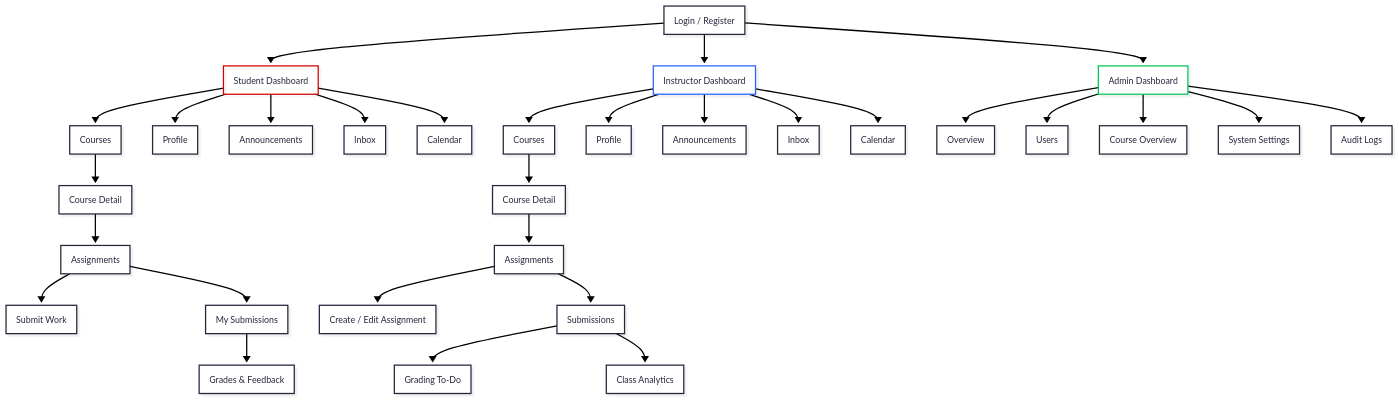
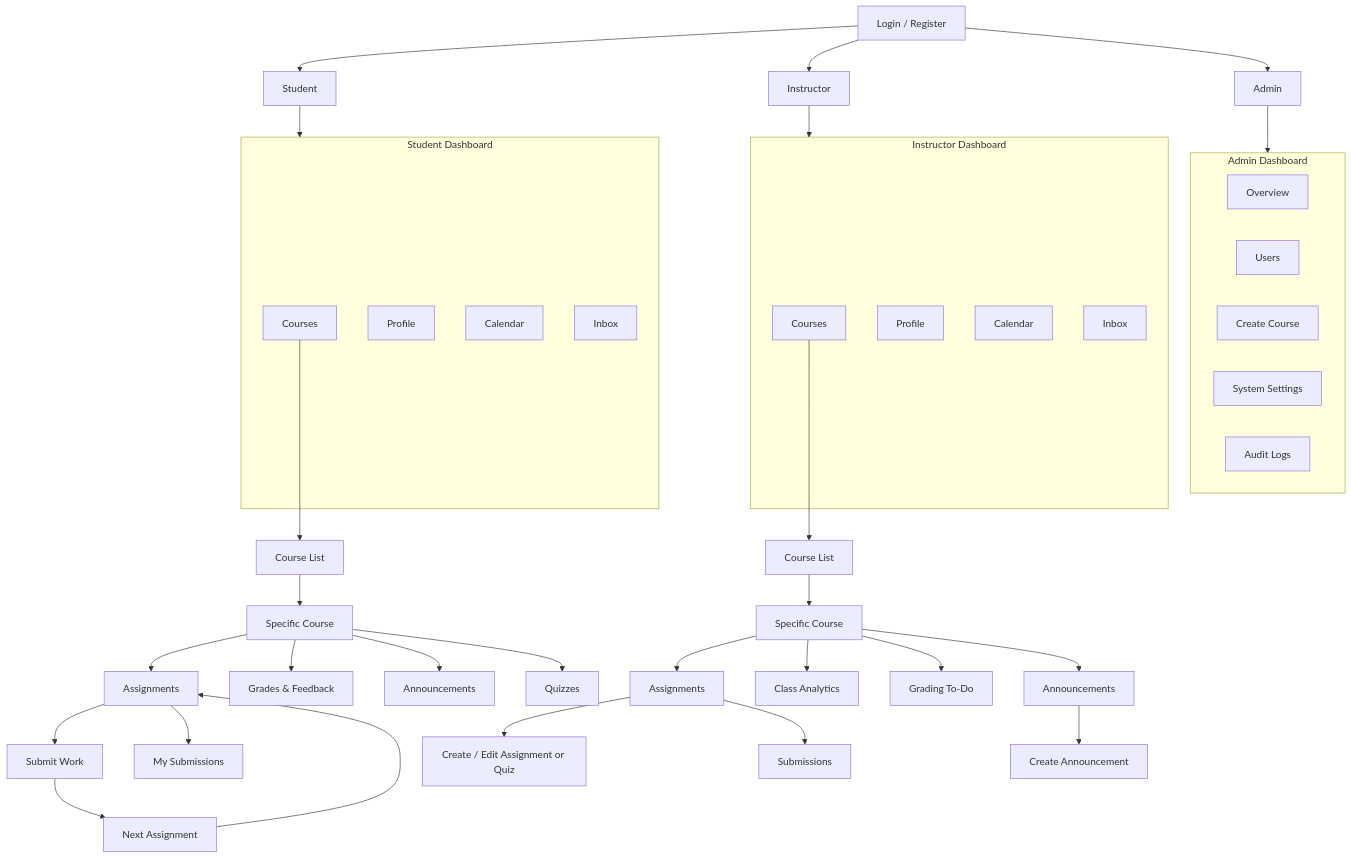
Before and after one commit to princeuu/friendly-train: the diagram in apps/docs/public/sitemap.mmd, drawn with Mermaid. The commit also changed 9 other files, not shown here.

```diff
--- a/apps/docs/public/sitemap.mmd
+++ b/apps/docs/public/sitemap.mmd
@@ -1,22 +1,39 @@
 ---
 config:
-  theme: redux
-  look: neo
   layout: fixed
 ---
 flowchart TD
-    LOGIN["Login / Register"] --> STUDASH["Student Dashboard"] & INSDASH["Instructor Dashboard"] & ADMDASH["Admin Dashboard"]
-    STUDASH --> STUCOURSES["Courses"] & STUPROF["Profile"] & STUANN["Announcements"] & STUINBOX["Inbox"] & STUCAL["Calendar"]
-    STUCOURSES --> SCDET["Course Detail"]
-    SCDET --> SASSIGN["Assignments"]
+ subgraph STUGRAPH["Student Dashboard"]
+        STUCOURSES["Courses"]
+        STUPROF["Profile"]
+        STUCAL["Calendar"]
+        STUINBOX["Inbox"]
+  end
+ subgraph INSGRAPH["Instructor Dashboard"]
+        INSCOURSES["Courses"]
+        INSPROF["Profile"]
+        INSCAL["Calendar"]
+        INSINBOX["Inbox"]
+  end
+ subgraph ADMGRAPH["Admin Dashboard"]
+        OVERVIEW["Overview"]
+        USERS["Users"]
+        COURSES["Create Course"]
+        SETTINGS["System Settings"]
+        LOGS["Audit Logs"]
+  end
+    LOGIN["Login / Register"] --> STU["Student"] & INS["Instructor"] & ADM["Admin"]
+    STU --> STUGRAPH
+    STUCOURSES --> SCDET["Course List"]
+    SCDET --> STUSPE["Specific Course"]
+    STUSPE --> SASSIGN["Assignments"] & SGRADES["Grades & Feedback"] & STUASS["Announcements"] & QUIZ["Quizzes"]
     SASSIGN --> SSUBMIT["Submit Work"] & SSUBS["My Submissions"]
-    SSUBS --> SGRADES["Grades & Feedback"]
-    INSDASH --> INSCOURSES["Courses"] & INSPROF["Profile"] & INSANN["Announcements"] & INSINBOX["Inbox"] & INSCAL["Calendar"]
-    INSCOURSES --> ICDET["Course Detail"]
-    ICDET --> IASSIGN["Assignments"]
-    IASSIGN --> ICREATE["Create / Edit Assignment"] & ISUBS["Submissions"]
-    ISUBS --> IGRADING["Grading To-Do"] & IANALYTICS["Class Analytics"]
-    ADMDASH --> OVERVIEW["Overview"] & USERS["Users"] & COURSES["Course Overview"] & SETTINGS["System Settings"] & LOGS["Audit Logs"]
-    style STUDASH stroke:#D50000,fill:transparent
-    style INSDASH stroke:#2962FF
-    style ADMDASH stroke:#00C853
+    SSUBMIT --> NEXTHW["Next Assignment"]
+    NEXTHW --> SASSIGN
+    INS --> INSGRAPH
+    INSCOURSES --> ICDET["Course List"]
+    ICDET --> ISPE["Specific Course"]
+    ISPE --> IASSIGN["Assignments"] & IANALYTICS["Class Analytics"] & IGRADING["Grading To-Do"] & IANN["Announcements"]
+    IANN --> CREATEANN["Create Announcement"]
+    IASSIGN --> ICREATE["Create / Edit Assignment or Quiz"] & ISUBS["Submissions"]
+    ADM --> ADMGRAPH
```
